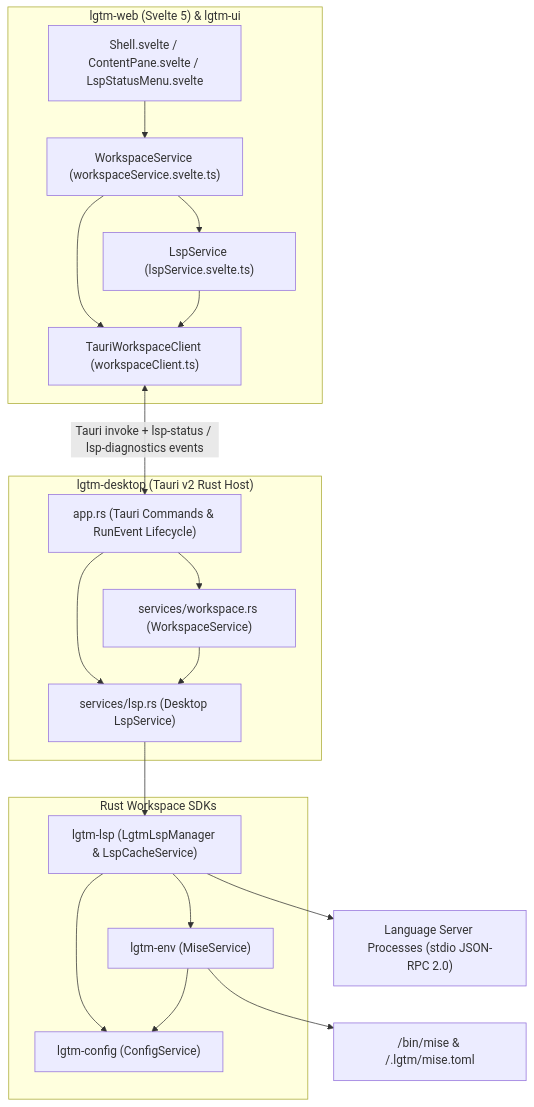
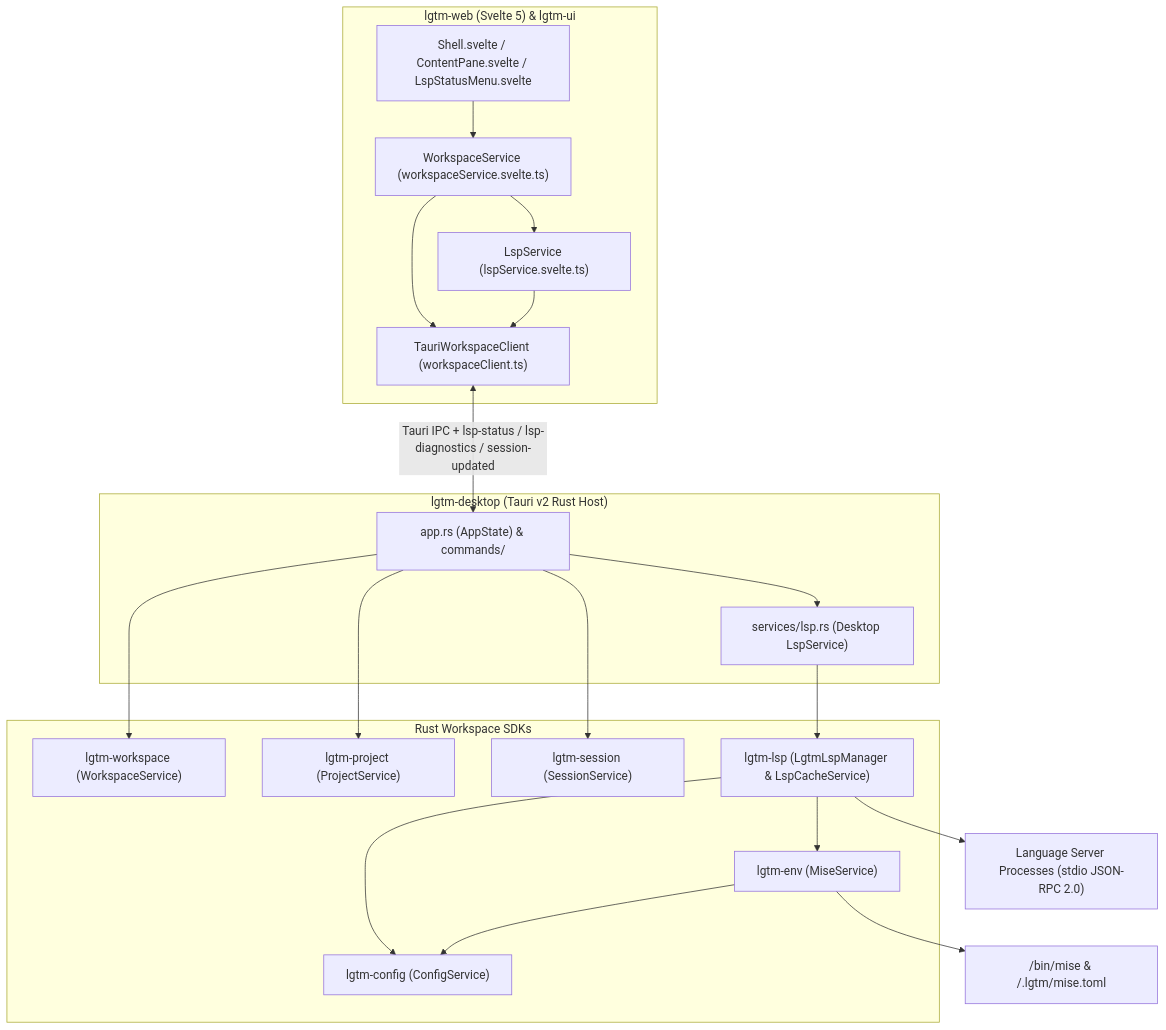
One commit to difflab-io/lgtm changed the first of 3 diagrams in docs/architecture/desktop/index.md. Above: the diagram before and after it, drawn with Mermaid. The commit also changed other lines of this file and 128 other files, not shown here.

````diff
--- a/docs/architecture/desktop/index.md
+++ b/docs/architecture/desktop/index.md
@@ -25,36 +25,39 @@
 ```mermaid
 flowchart TB
     subgraph Frontend["lgtm-web (Svelte 5) & lgtm-ui"]
         SHELL["Shell.svelte / ContentPane.svelte / LspStatusMenu.svelte"]
         WS_VM["WorkspaceService (workspaceService.svelte.ts)"]
         LSP_VM["LspService (lspService.svelte.ts)"]
         CLIENT["TauriWorkspaceClient (workspaceClient.ts)"]
         SHELL --> WS_VM
         WS_VM --> LSP_VM
         WS_VM --> CLIENT
         LSP_VM --> CLIENT
     end
 
     subgraph Desktop["lgtm-desktop (Tauri v2 Rust Host)"]
-        IPC["app.rs (Tauri Commands & RunEvent Lifecycle)"]
-        WS_SVC["services/workspace.rs (WorkspaceService)"]
+        IPC["app.rs (AppState) & commands/"]
         DESK_LSP["services/lsp.rs (Desktop LspService)"]
-        IPC --> WS_SVC
         IPC --> DESK_LSP
-        WS_SVC --> DESK_LSP
     end
 
     subgraph Libraries["Rust Workspace SDKs"]
+        WS_LIB["lgtm-workspace (WorkspaceService)"]
+        PROJ_LIB["lgtm-project (ProjectService)"]
+        SESS_LIB["lgtm-session (SessionService)"]
         LSP_MGR["lgtm-lsp (LgtmLspManager & LspCacheService)"]
         ENV_SVC["lgtm-env (MiseService)"]
         CFG_SVC["lgtm-config (ConfigService)"]
+        IPC --> WS_LIB
+        IPC --> PROJ_LIB
+        IPC --> SESS_LIB
         DESK_LSP --> LSP_MGR
         LSP_MGR --> ENV_SVC
         LSP_MGR --> CFG_SVC
         ENV_SVC --> CFG_SVC
     end
 
-    CLIENT <-->|"Tauri invoke + lsp-status / lsp-diagnostics events"| IPC
+    CLIENT <-->|"Tauri IPC + lsp-status / lsp-diagnostics / session-updated"| IPC
     ENV_SVC --> MISE["<lgtm_home>/bin/mise & <workspace>/.lgtm/mise.toml"]
     LSP_MGR --> SERVERS["Language Server Processes (stdio JSON-RPC 2.0)"]
 ```
````
